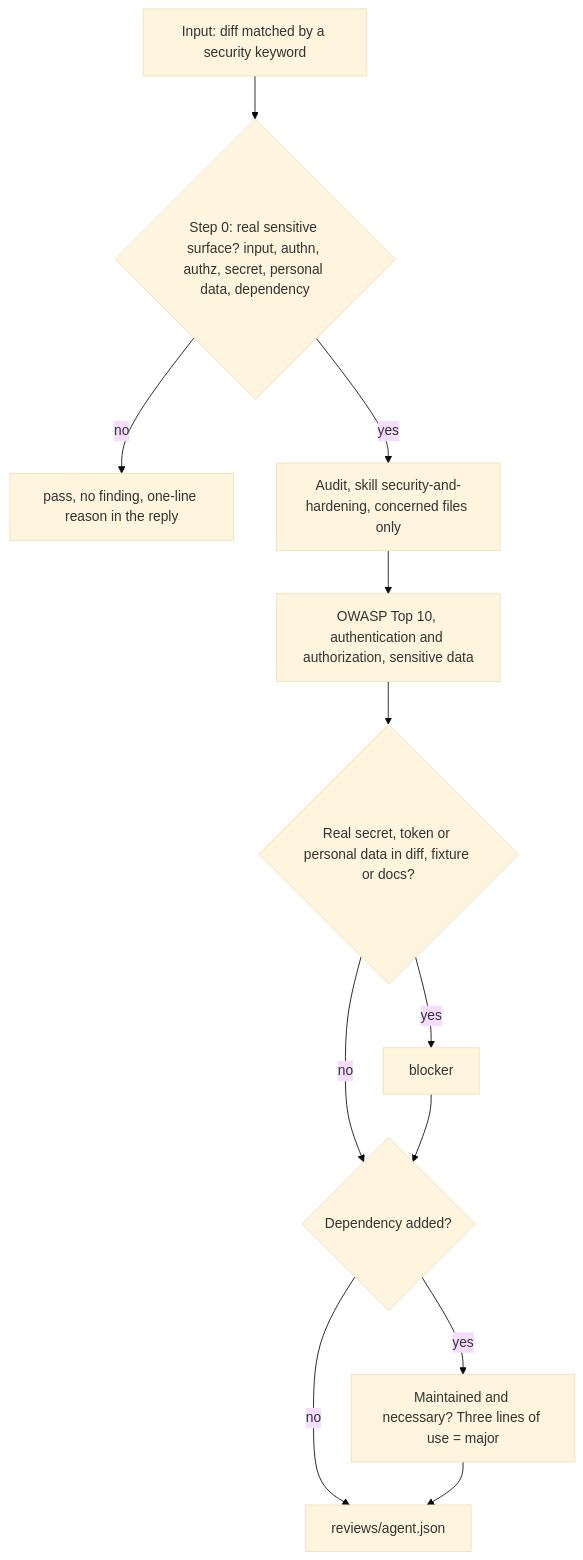
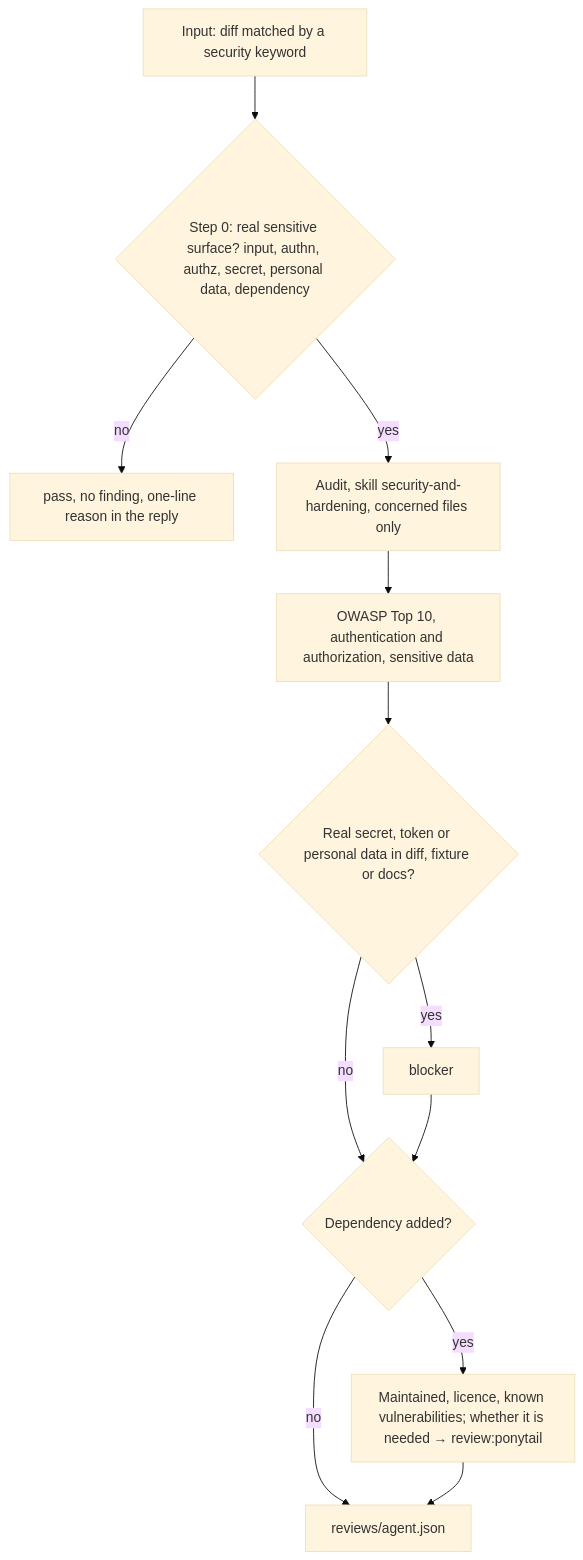
Before and after one commit to nicolasmondain/adorno: the ninth of 10 diagrams in src/agents/review/SCHEMA.md, drawn with Mermaid (base theme). The commit also changed other lines of this file and 8 other files, not shown here.

First line of the commit message:
refactor(review): scope review:ponytail to the lean axis (#23)

````diff
--- a/src/agents/review/SCHEMA.md
+++ b/src/agents/review/SCHEMA.md
@@ -149,14 +149,14 @@
 ```mermaid
 flowchart TD
   A["Input: diff matched by a security keyword"] --> Q{"Step 0: real sensitive surface? input, authn, authz, secret, personal data, dependency"}
   Q -->|"no"| P["pass, no finding, one-line reason in the reply"]
   Q -->|"yes"| B["Audit, skill security-and-hardening, concerned files only"]
   B --> C["OWASP Top 10, authentication and authorization, sensitive data"]
   C --> D{"Real secret, token or personal data in diff, fixture or docs?"}
   D -->|"yes"| E["blocker"]
   D -->|"no"| F{"Dependency added?"}
   E --> F
-  F -->|"yes"| G["Maintained and necessary? Three lines of use = major"]
+  F -->|"yes"| G["Maintained, licence, known vulnerabilities; whether it is needed → review:ponytail"]
   F -->|"no"| H["reviews/agent.json"]
   G --> H
 ```
````
